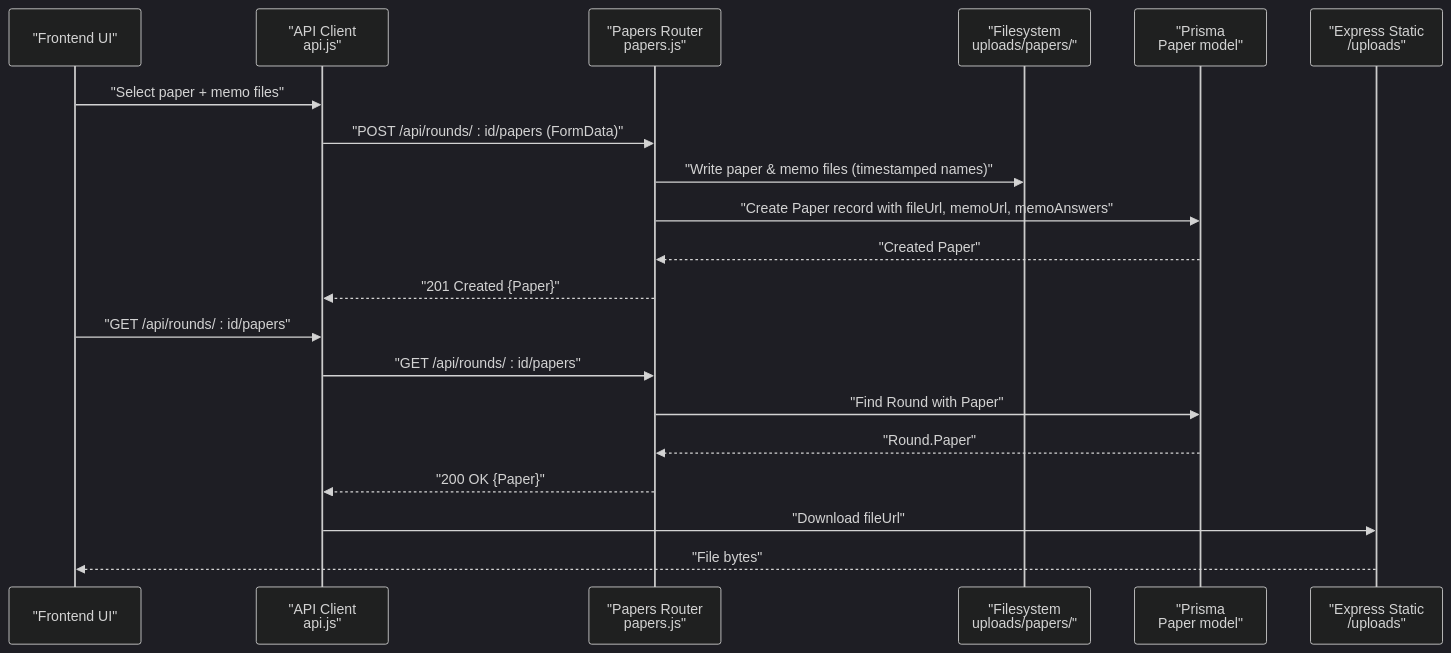
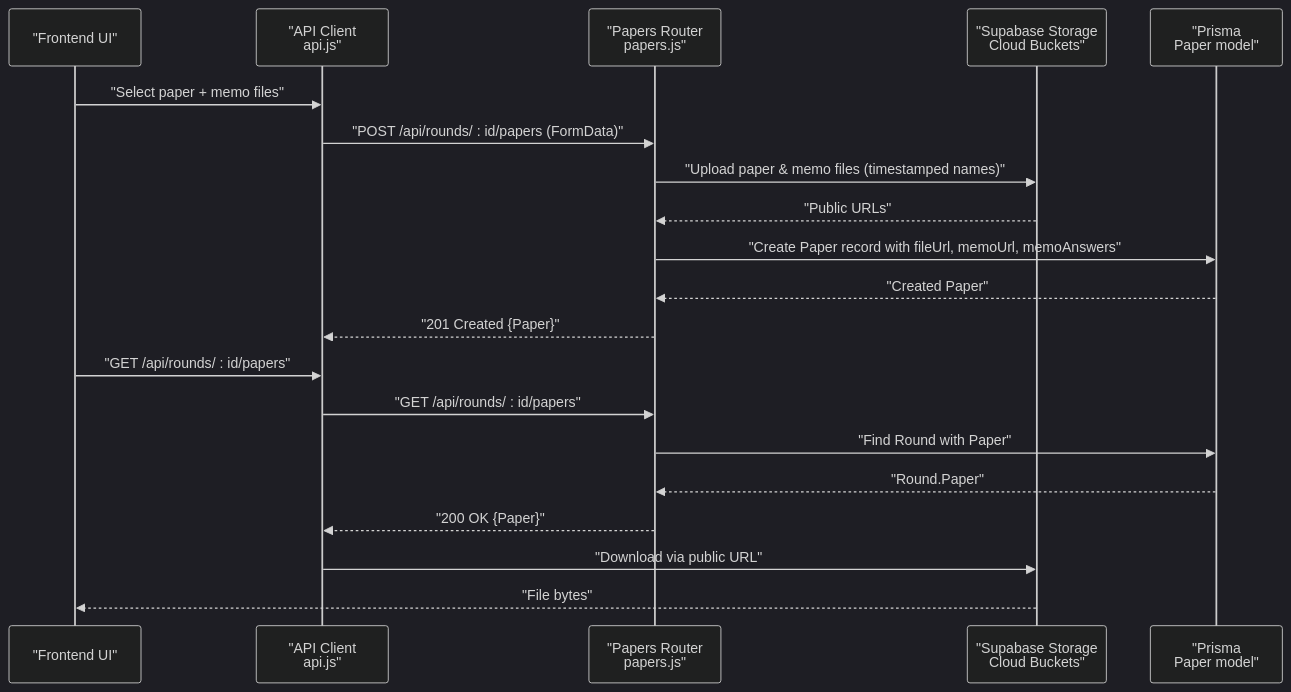
One commit to ZandileMkontwana/olympiad-portal changed the second of 8 diagrams in .qoder/repowiki/en/content/Paper Distribution System/File Upload and Download.md. Above: the diagram before and after it, drawn with Mermaid (dark theme). The commit also changed other lines of this file and 16 other files, not shown here.

Commit message:
fix: test(backend): update tests for Clerk auth and Supabase storage

````diff
--- a/.qoder/repowiki/en/content/Paper Distribution System/File Upload and Download.md
+++ b/.qoder/repowiki/en/content/Paper Distribution System/File Upload and Download.md
@@ -69,22 +78,22 @@
 ```mermaid
 sequenceDiagram
 participant UI as "Frontend UI"
 participant Client as "API Client<br/>api.js"
 participant Router as "Papers Router<br/>papers.js"
-participant FS as "Filesystem<br/>uploads/papers/"
+participant SB as "Supabase Storage<br/>Cloud Buckets"
 participant DB as "Prisma<br/>Paper model"
-participant Static as "Express Static<br/>/uploads"
 UI->>Client : "Select paper + memo files"
 Client->>Router : "POST /api/rounds/ : id/papers (FormData)"
-Router->>FS : "Write paper & memo files (timestamped names)"
+Router->>SB : "Upload paper & memo files (timestamped names)"
+SB-->>Router : "Public URLs"
 Router->>DB : "Create Paper record with fileUrl, memoUrl, memoAnswers"
 DB-->>Router : "Created Paper"
 Router-->>Client : "201 Created {Paper}"
 UI->>Client : "GET /api/rounds/ : id/papers"
 Client->>Router : "GET /api/rounds/ : id/papers"
 Router->>DB : "Find Round with Paper"
 DB-->>Router : "Round.Paper"
 Router-->>Client : "200 OK {Paper}"
-Client->>Static : "Download fileUrl"
-Static-->>UI : "File bytes"
+Client->>SB : "Download via public URL"
+SB-->>UI : "File bytes"
 ```
````
